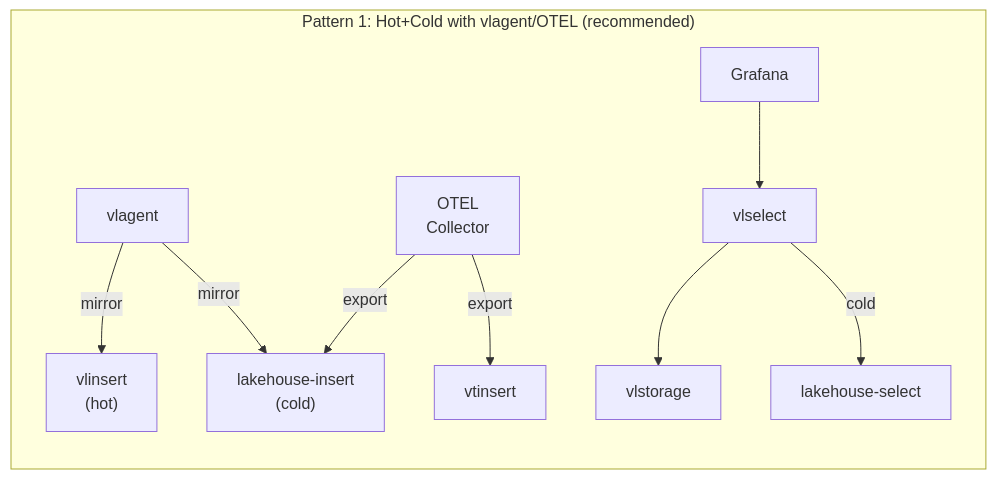
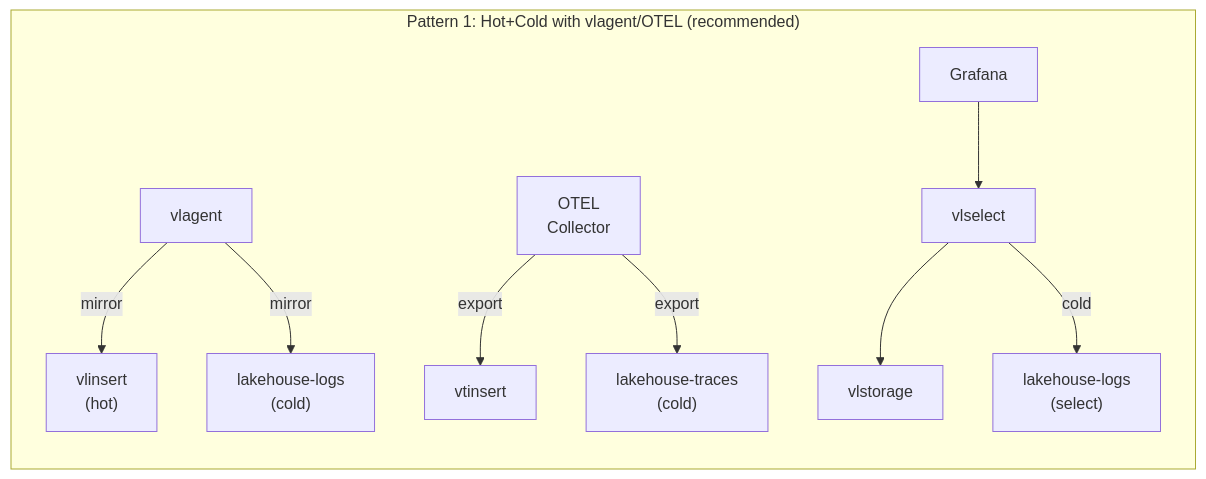
One commit to ReliablyObserve/victoria-lakehouse changed the fourth of 8 diagrams in README.md. Above: the diagram before and after it, drawn with Mermaid. The commit also changed other lines of this file and 99 other files, not shown here.

First line of the commit message:
feat: split into separate lakehouse-logs and lakehouse-traces binaries

````diff
--- a/README.md
+++ b/README.md
@@ -189,12 +214,12 @@
 ```mermaid
 graph LR
     subgraph "Pattern 1: Hot+Cold with vlagent/OTEL (recommended)"
         VA["vlagent"] -->|mirror| VLI["vlinsert<br/>(hot)"]
-        VA -->|mirror| LHI["lakehouse-insert<br/>(cold)"]
+        VA -->|mirror| LHL["lakehouse-logs<br/>(cold)"]
         OC["OTEL<br/>Collector"] -->|export| VTI["vtinsert"]
-        OC -->|export| LHI
+        OC -->|export| LHT["lakehouse-traces<br/>(cold)"]
         G1["Grafana"] --> VS1["vlselect"]
         VS1 --> VLS1["vlstorage"]
-        VS1 -->|cold| LHS1["lakehouse-select"]
+        VS1 -->|cold| LHLS["lakehouse-logs<br/>(select)"]
     end
 ```
````
